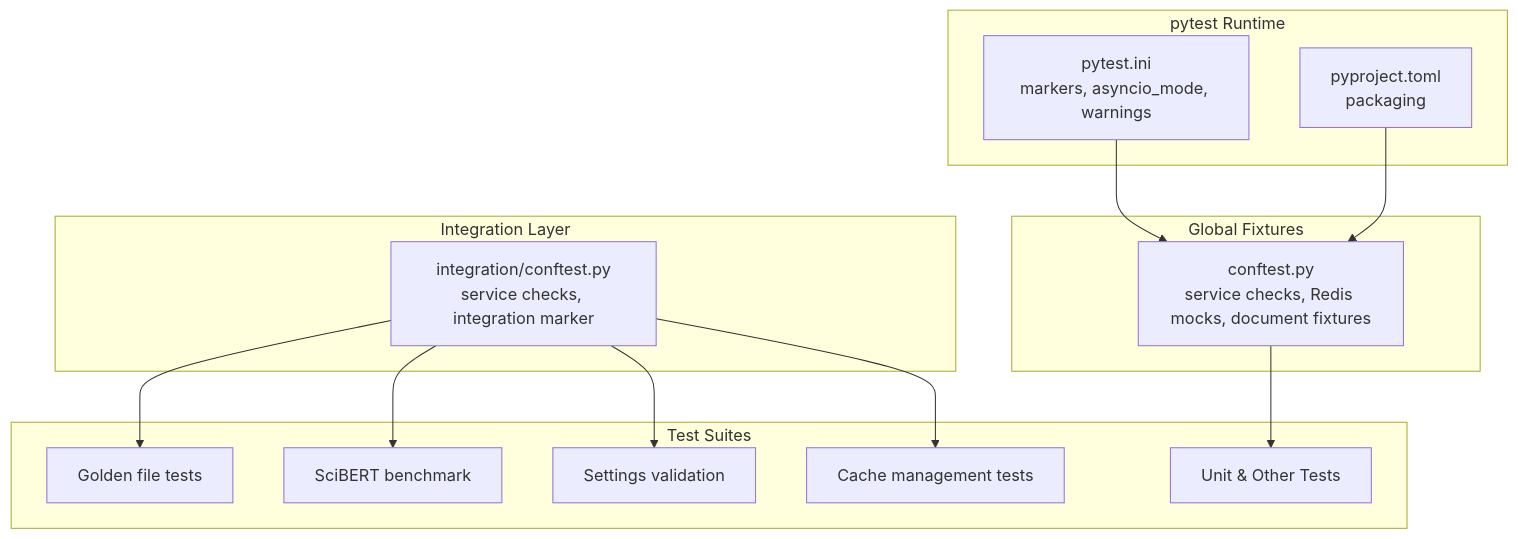
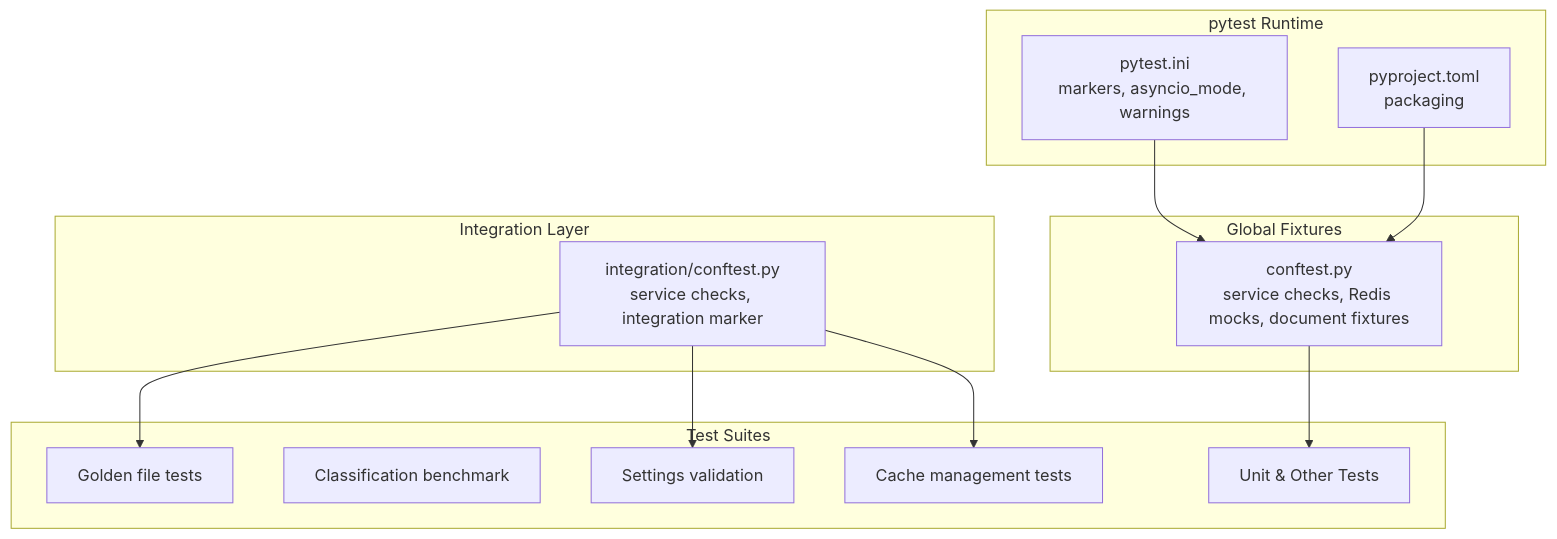
One commit to rohitkumarnaidu/ScholarFormAI changed the second of 8 diagrams in .docs/content/Testing Strategy/Backend Testing/Backend Testing.md. Above: the diagram before and after it, drawn with Mermaid. The commit also changed other lines of this file and 6 other files, not shown here.

First line of the commit message:
docs: update testing, API, and architecture docs in .docs/

````diff
--- a/.docs/content/Testing Strategy/Backend Testing/Backend Testing.md
+++ b/.docs/content/Testing Strategy/Backend Testing/Backend Testing.md
@@ -117,27 +117,26 @@
 ```mermaid
 graph TB
 subgraph "pytest Runtime"
 P1["pytest.ini<br/>markers, asyncio_mode, warnings"]
 P2["pyproject.toml<br/>packaging"]
 end
 subgraph "Global Fixtures"
 F1["conftest.py<br/>service checks, Redis mocks, document fixtures"]
 end
 subgraph "Integration Layer"
 I1["integration/conftest.py<br/>service checks, integration marker"]
 end
 subgraph "Test Suites"
 T1["Golden file tests"]
-T2["SciBERT benchmark"]
+T2["Classification benchmark"]
 T3["Settings validation"]
 T4["Cache management tests"]
 T5["Unit & Other Tests"]
 end
 P1 --> F1
 P2 --> F1
 F1 --> T5
 I1 --> T1
-I1 --> T2
 I1 --> T3
 I1 --> T4
 ```
````
